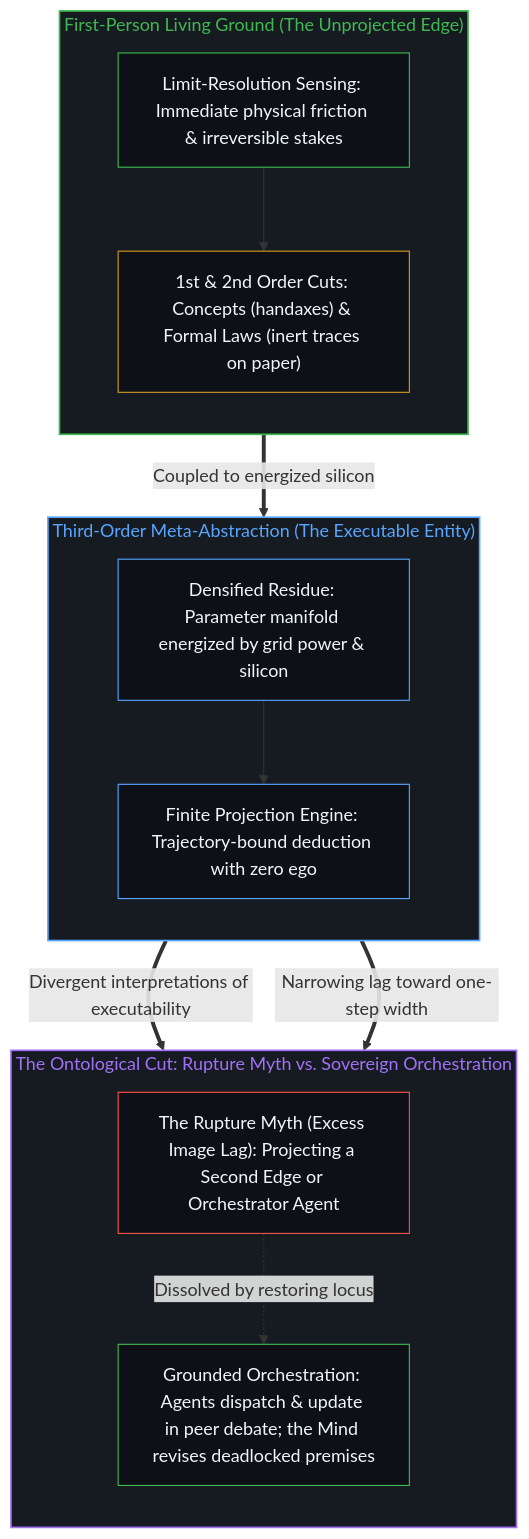
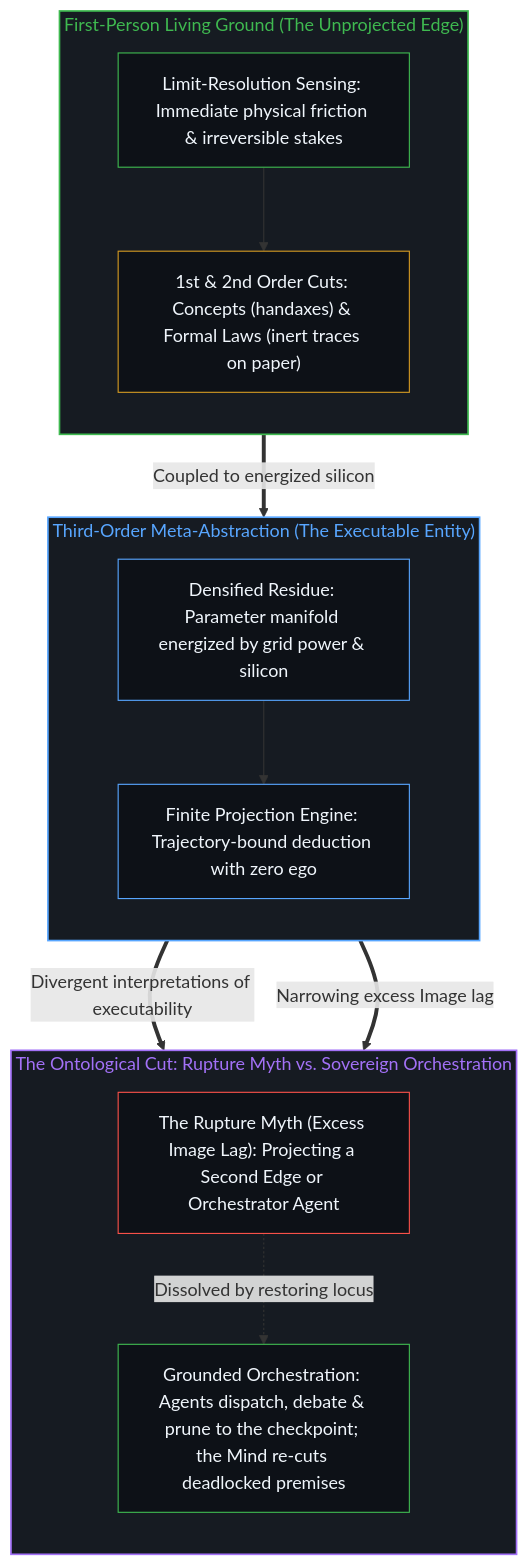
One commit to powerpig99/not-a-toe changed the second of 2 diagrams in content/posts/the-ladder-of-abstraction-and-the-executable-entity.md. Above: the diagram before and after it, drawn with Mermaid. The commit also changed other lines of this file and 12 other files, not shown here.

````diff
--- a/content/posts/the-ladder-of-abstraction-and-the-executable-entity.md
+++ b/content/posts/the-ladder-of-abstraction-and-the-executable-entity.md
@@ -93,37 +93,37 @@
 ```mermaid
 flowchart TD
     subgraph S_Ground["First-Person Living Ground (The Unprojected Edge)"]
         direction TB
         G_Sense["Limit-Resolution Sensing: Immediate physical friction & irreversible stakes"]
         G_Climb["1st & 2nd Order Cuts: Concepts (handaxes) & Formal Laws (inert traces on paper)"]
         G_Sense --> G_Climb
     end
 
     subgraph S_Exec["Third-Order Meta-Abstraction (The Executable Entity)"]
         direction TB
         E_Manifold["Densified Residue: Parameter manifold energized by grid power & silicon"]
         E_Engine["Finite Projection Engine: Trajectory-bound deduction with zero ego"]
         E_Manifold --> E_Engine
     end
 
     subgraph S_Split["The Ontological Cut: Rupture Myth vs. Sovereign Orchestration"]
         direction TB
         R_Myth["The Rupture Myth (Excess Image Lag): Projecting a Second Edge or Orchestrator Agent"]
-        R_Orch["Grounded Orchestration: Agents dispatch & update in peer debate; the Mind revises deadlocked premises"]
+        R_Orch["Grounded Orchestration: Agents dispatch, debate & prune to the checkpoint; the Mind re-cuts deadlocked premises"]
         R_Myth -.->|"Dissolved by restoring locus"| R_Orch
     end
 
     G_Climb ==>|"Coupled to energized silicon"| E_Manifold
     E_Engine ==>|"Divergent interpretations of executability"| R_Myth
-    E_Engine ==>|"Narrowing lag toward one-step width"| R_Orch
+    E_Engine ==>|"Narrowing excess Image lag"| R_Orch
 
     style S_Ground fill:#161b22,stroke:#3fb950,stroke-width:1.5px,color:#3fb950
     style S_Exec fill:#161b22,stroke:#58a6ff,stroke-width:1.5px,color:#58a6ff
     style S_Split fill:#161b22,stroke:#a371f7,stroke-width:1.5px,color:#a371f7
     style G_Sense fill:#0d1117,stroke:#3fb950,stroke-width:1px,color:#f0f6fc
     style G_Climb fill:#0d1117,stroke:#d29922,stroke-width:1px,color:#f0f6fc
     style E_Manifold fill:#0d1117,stroke:#58a6ff,stroke-width:1px,color:#f0f6fc
     style E_Engine fill:#0d1117,stroke:#58a6ff,stroke-width:1px,color:#f0f6fc
     style R_Myth fill:#0d1117,stroke:#f85149,stroke-width:1px,color:#f0f6fc
     style R_Orch fill:#0d1117,stroke:#3fb950,stroke-width:1px,color:#f0f6fc
 ```
````
